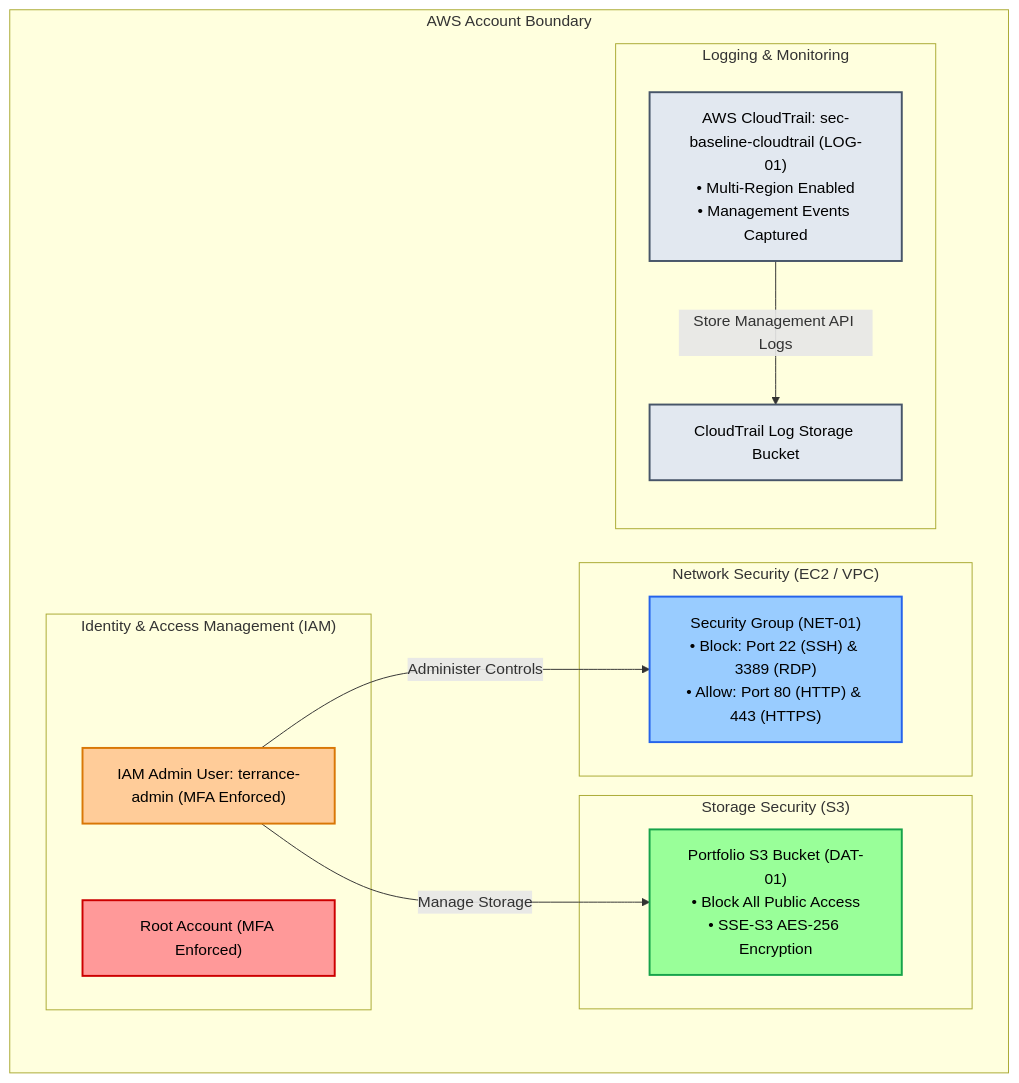
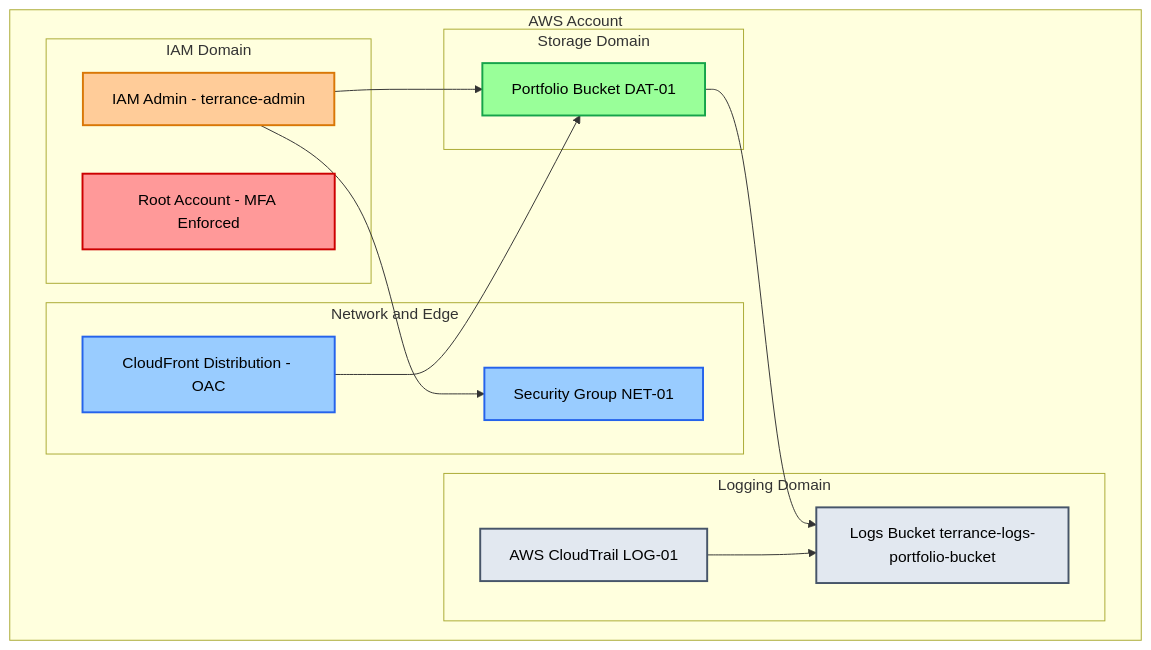
One commit to tersco37/aws-cloud-security-controls-assessment changed the diagram in README.md. Above: the diagram before and after it, drawn with Mermaid.

Commit message:
docs: add CloudFront OAC architecture and S3 access logging for LOG-01
- Updated README.md architecture diagram to include CloudFront OAC and centralized log bucket routing.
- Integrate S3 Server Access Logging evidence into the LOG-01 control baseline.
- Align monitoring implementation with AWS Free Tier ($0/mo) constraints while maintaining full audit traceability.

````diff
--- a/README.md
+++ b/README.md
@@ -34,36 +34,38 @@
 ```mermaid
 graph TD
     %% Styling
     classDef rootStyle fill:#ff9999,stroke:#cc0000,stroke-width:2px,color:#000;
     classDef iamStyle fill:#ffcc99,stroke:#d97706,stroke-width:2px,color:#000;
     classDef netStyle fill:#99ccff,stroke:#2563eb,stroke-width:2px,color:#000;
     classDef datStyle fill:#99ff99,stroke:#16a34a,stroke-width:2px,color:#000;
     classDef logStyle fill:#e2e8f0,stroke:#475569,stroke-width:2px,color:#000;
 
-    subgraph AWS_Account ["AWS Account Boundary"]
+    subgraph AWS ["AWS Account"]
         
-        subgraph IAM_Domain ["Identity & Access Management (IAM)"]
-            Root["Root Account (MFA Enforced)"]:::rootStyle
-            AdminUser["IAM Admin User: terrance-admin (MFA Enforced)"]:::iamStyle
+        subgraph IAM ["IAM Domain"]
+            Root["Root Account - MFA Enforced"]:::rootStyle
+            AdminUser["IAM Admin - terrance-admin"]:::iamStyle
         end
 
-        subgraph Network_Domain ["Network Security (EC2 / VPC)"]
-            SG["Security Group (NET-01)<br/>• Block: Port 22 (SSH) & 3389 (RDP)<br/>• Allow: Port 80 (HTTP) & 443 (HTTPS)"]:::netStyle
+        subgraph Network ["Network and Edge"]
+            SG["Security Group NET-01"]:::netStyle
+            CloudFront["CloudFront Distribution - OAC"]:::netStyle
         end
 
-        subgraph Data_Domain ["Storage Security (S3)"]
-            S3Bucket["Portfolio S3 Bucket (DAT-01)<br/>• Block All Public Access<br/>• SSE-S3 AES-256 Encryption"]:::datStyle
+        subgraph Data ["Storage Domain"]
+            S3Bucket["Portfolio Bucket DAT-01"]:::datStyle
         end
 
-        subgraph Audit_Domain ["Logging & Monitoring"]
-            CloudTrail["AWS CloudTrail: sec-baseline-cloudtrail (LOG-01)<br/>• Multi-Region Enabled<br/>• Management Events Captured"]:::logStyle
-            TrailS3["CloudTrail Log Storage Bucket"]:::logStyle
+        subgraph Audit ["Logging Domain"]
+            CloudTrail["AWS CloudTrail LOG-01"]:::logStyle
+            LogsBucket["Logs Bucket terrance-logs-portfolio-bucket"]:::logStyle
         end
 
     end
 
-    %% Relationships
-    AdminUser -->|Administer Controls| SG
-    AdminUser -->|Manage Storage| S3Bucket
-    CloudTrail -->|Store Management API Logs| TrailS3
+    AdminUser --> SG
+    AdminUser --> S3Bucket
+    CloudFront --> S3Bucket
+    S3Bucket --> LogsBucket
+    CloudTrail --> LogsBucket
 ```
````
